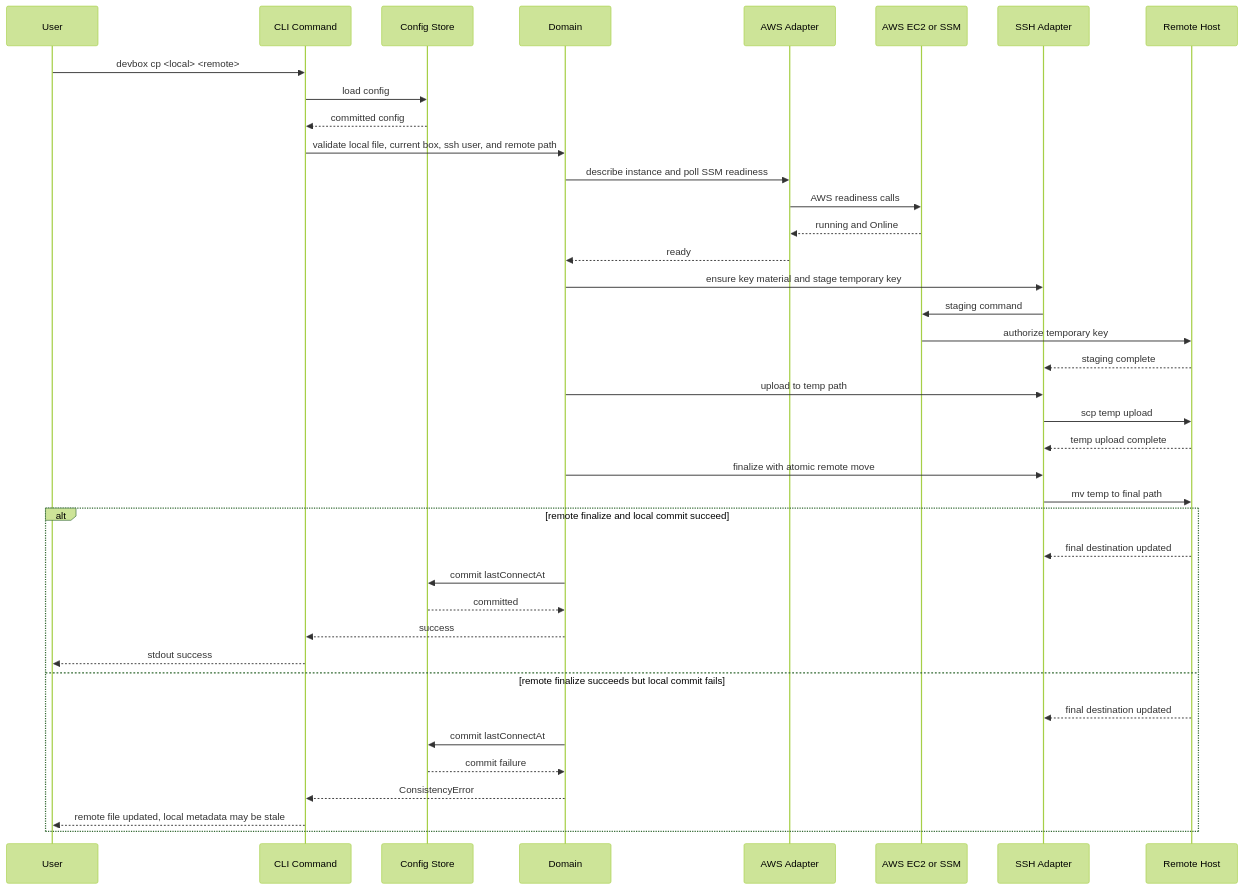
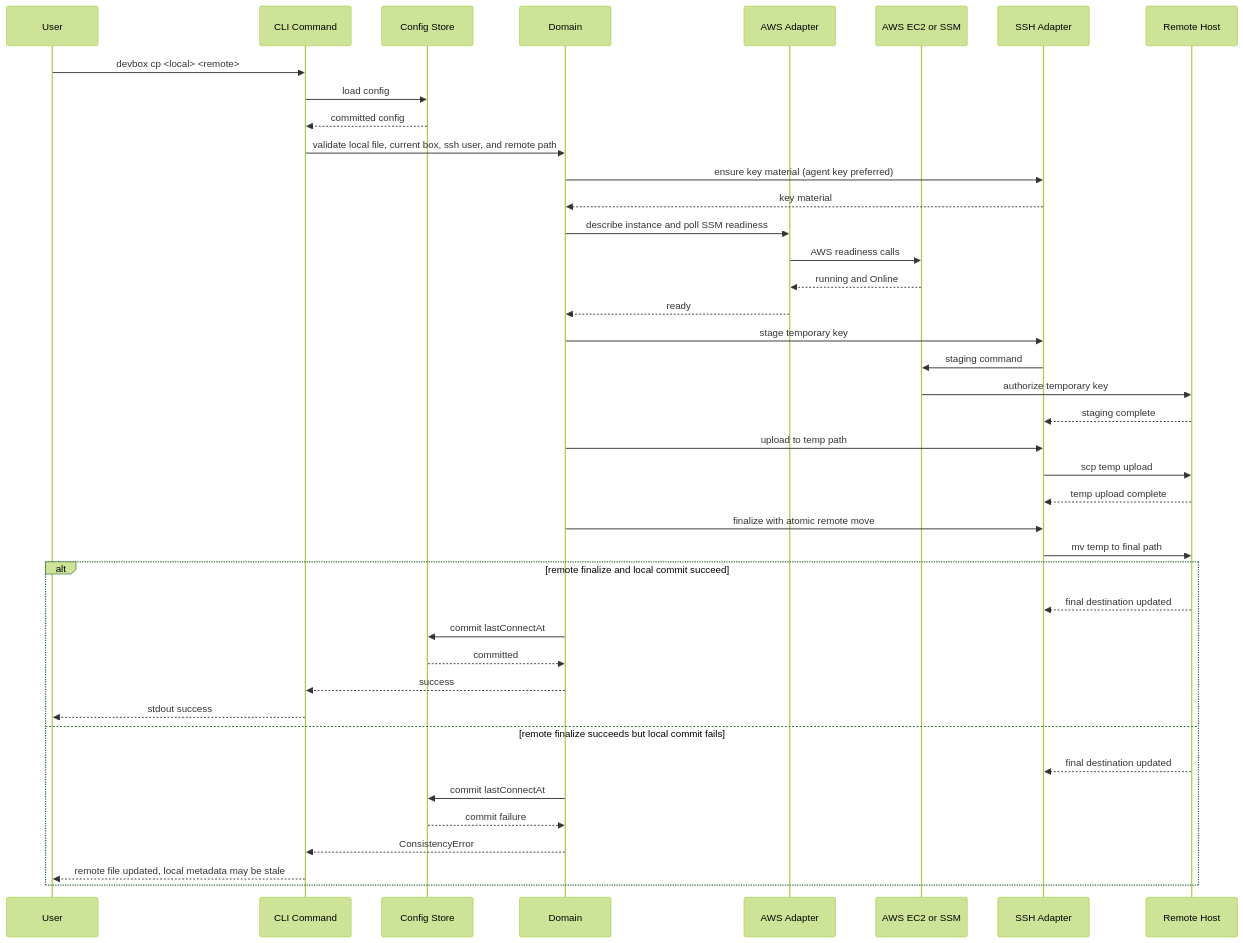
One commit to ohpauleez/devbox changed diagram 17 of 18 in docs/design.md. Above: the diagram before and after it, drawn with Mermaid (forest theme). The commit also changed other lines of this file and 3 other files, not shown here.

````diff
--- a/docs/design.md
+++ b/docs/design.md
@@ -1163,42 +1185,44 @@
 ```mermaid
 sequenceDiagram
     participant U as User
     participant C as CLI Command
     participant S as Config Store
     participant D as Domain
     participant A as AWS Adapter
     participant EC2 as AWS EC2 or SSM
     participant SSH as SSH Adapter
     participant H as Remote Host
 
     U->>C: devbox cp <local> <remote>
     C->>S: load config
     S-->>C: committed config
     C->>D: validate local file, current box, ssh user, and remote path
+    D->>SSH: ensure key material (agent key preferred)
+    SSH-->>D: key material
     D->>A: describe instance and poll SSM readiness
     A->>EC2: AWS readiness calls
     EC2-->>A: running and Online
     A-->>D: ready
-    D->>SSH: ensure key material and stage temporary key
+    D->>SSH: stage temporary key
     SSH->>EC2: staging command
     EC2->>H: authorize temporary key
     H-->>SSH: staging complete
     D->>SSH: upload to temp path
     SSH->>H: scp temp upload
     H-->>SSH: temp upload complete
     D->>SSH: finalize with atomic remote move
     SSH->>H: mv temp to final path
     alt remote finalize and local commit succeed
         H-->>SSH: final destination updated
         D->>S: commit lastConnectAt
         S-->>D: committed
         D-->>C: success
         C-->>U: stdout success
     else remote finalize succeeds but local commit fails
         H-->>SSH: final destination updated
         D->>S: commit lastConnectAt
         S-->>D: commit failure
         D-->>C: ConsistencyError
         C-->>U: remote file updated, local metadata may be stale
     end
 ```
````
